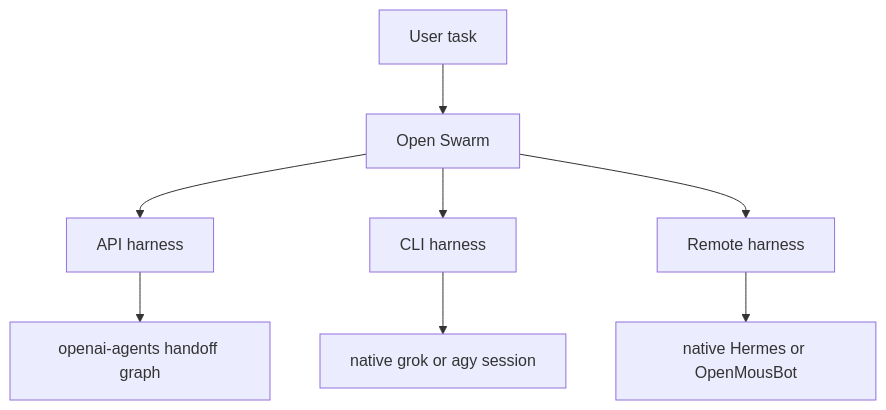
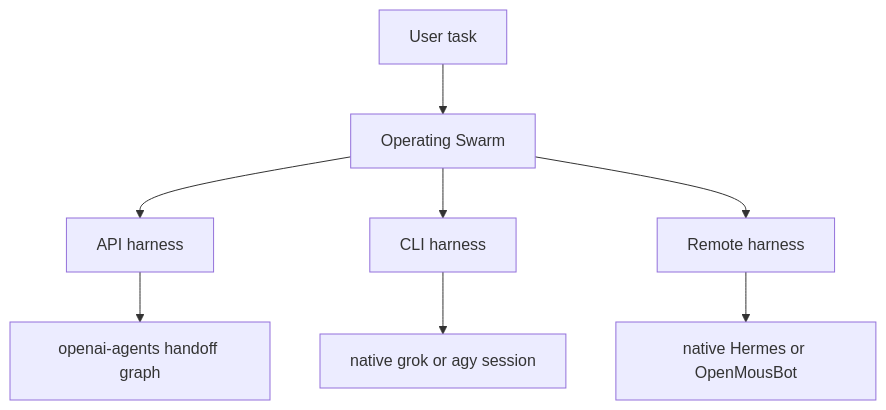
The third of 4 diagrams in docs/examples/openai-agents-handoff-graphs/README.md (matthewhand/operating-swarm), drawn with Mermaid before and after one commit. The commit also changed other lines of this file and 1784 other files, not shown here.

````diff
--- a/docs/examples/openai-agents-handoff-graphs/README.md
+++ b/docs/examples/openai-agents-handoff-graphs/README.md
@@ -98,10 +98,10 @@
 ```mermaid
 flowchart TB
-  User[User task] --> OS[Open Swarm]
+  User[User task] --> OS[Operating Swarm]
   OS --> API[API harness]
   OS --> CLI[CLI harness]
   OS --> Remote[Remote harness]
   API --> Graph[openai-agents handoff graph]
   CLI --> NativeCLI[native grok or agy session]
   Remote --> NativeRemote[native Hermes or OpenMousBot]
 ```
````
